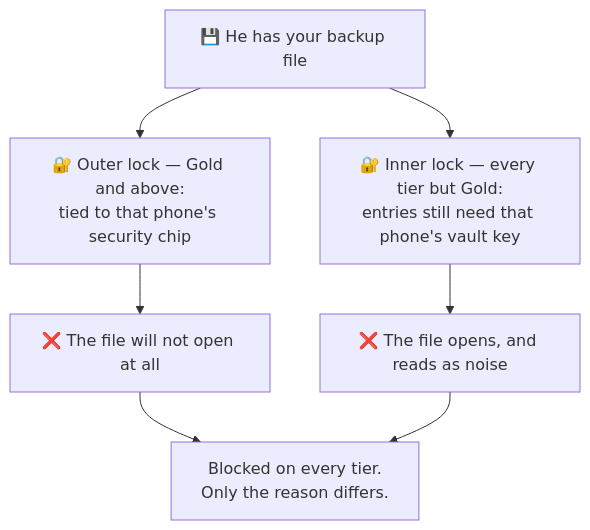
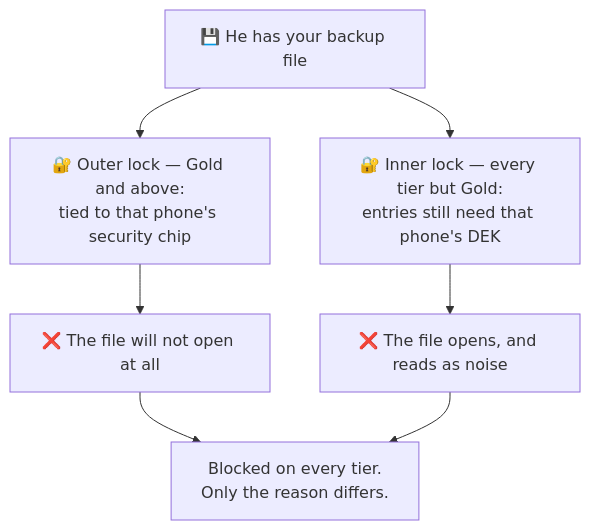
One commit to TuPhung369/passwordepic-website changed the sixth of 12 diagrams in docs/attack-scenarios.md. Above: the diagram before and after it, drawn with Mermaid. The commit also changed other lines of this file and 22 other files, not shown here.

````diff
--- a/docs/attack-scenarios.md
+++ b/docs/attack-scenarios.md
@@ -282,9 +282,9 @@
 ```mermaid
 flowchart TD
   A["💾 He has your backup file"] --> B["🔐 Outer lock — Gold and above:<br/>tied to that phone's security chip"]
-  A --> C["🔐 Inner lock — every tier but Gold:<br/>entries still need that phone's vault key"]
+  A --> C["🔐 Inner lock — every tier but Gold:<br/>entries still need that phone's DEK"]
   B --> D["❌ The file will not open at all"]
   C --> E["❌ The file opens, and reads as noise"]
   D --> F["Blocked on every tier.<br/>Only the reason differs."]
   E --> F
 ```
````
